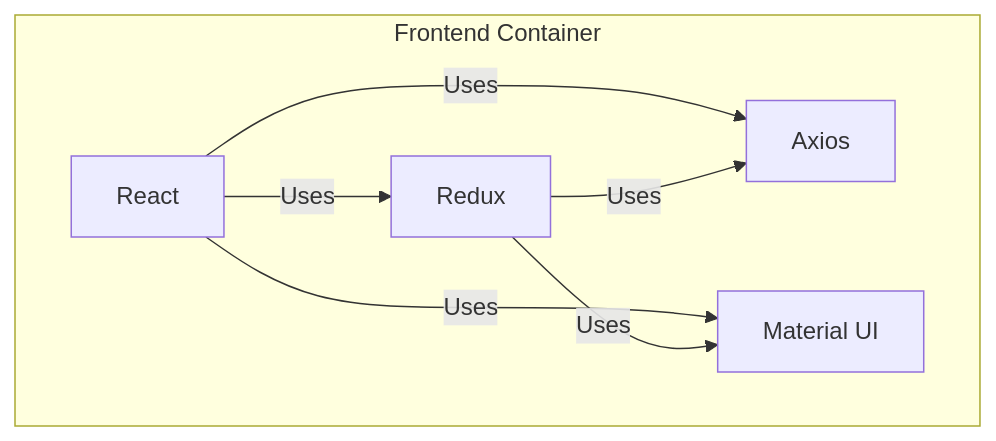
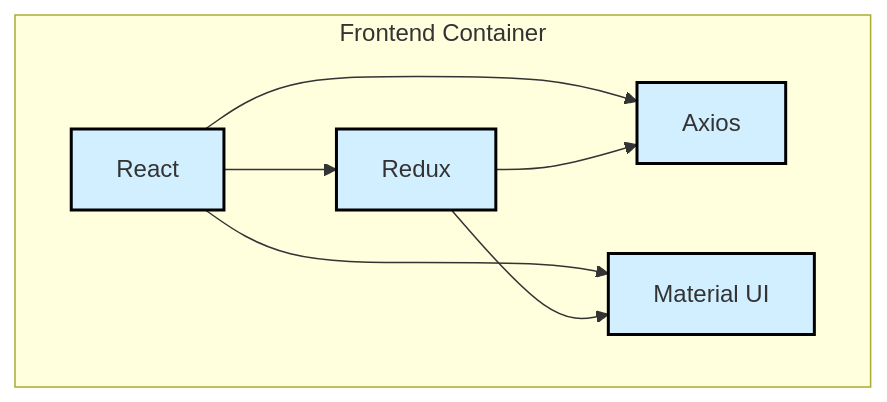
One commit to dba-team-w23/jambuddy changed the fourth of 4 diagrams in system-design/FinalDesignDiagrams.md. Above: the diagram before and after it, drawn with Mermaid. The commit also changed other lines of this file, not shown here.

Commit message:
DOC: cleanup diagrams

````diff
--- a/system-design/FinalDesignDiagrams.md
+++ b/system-design/FinalDesignDiagrams.md
@@ -91,15 +108,21 @@
 ```mermaid
 flowchart TD
   subgraph "Frontend Container"
     A[React]
     B[Redux]
     C[Axios]
     D[Material UI]
   end
 
-  A -->|Uses| B
-  A -->|Uses| C
-  A -->|Uses| D
-  B -->|Uses| C
-  B -->|Uses| D
+  A --> B
+  A --> C
+  A --> D
+  B --> C
+  B --> D
+
+
+  style A fill:#D1EFFF,stroke:#000000,stroke-width:2px;
+  style B fill:#D1EFFF,stroke:#000000,stroke-width:2px;
+  style C fill:#D1EFFF,stroke:#000000,stroke-width:2px;
+  style D fill:#D1EFFF,stroke:#000000,stroke-width:2px;
 ```
````
